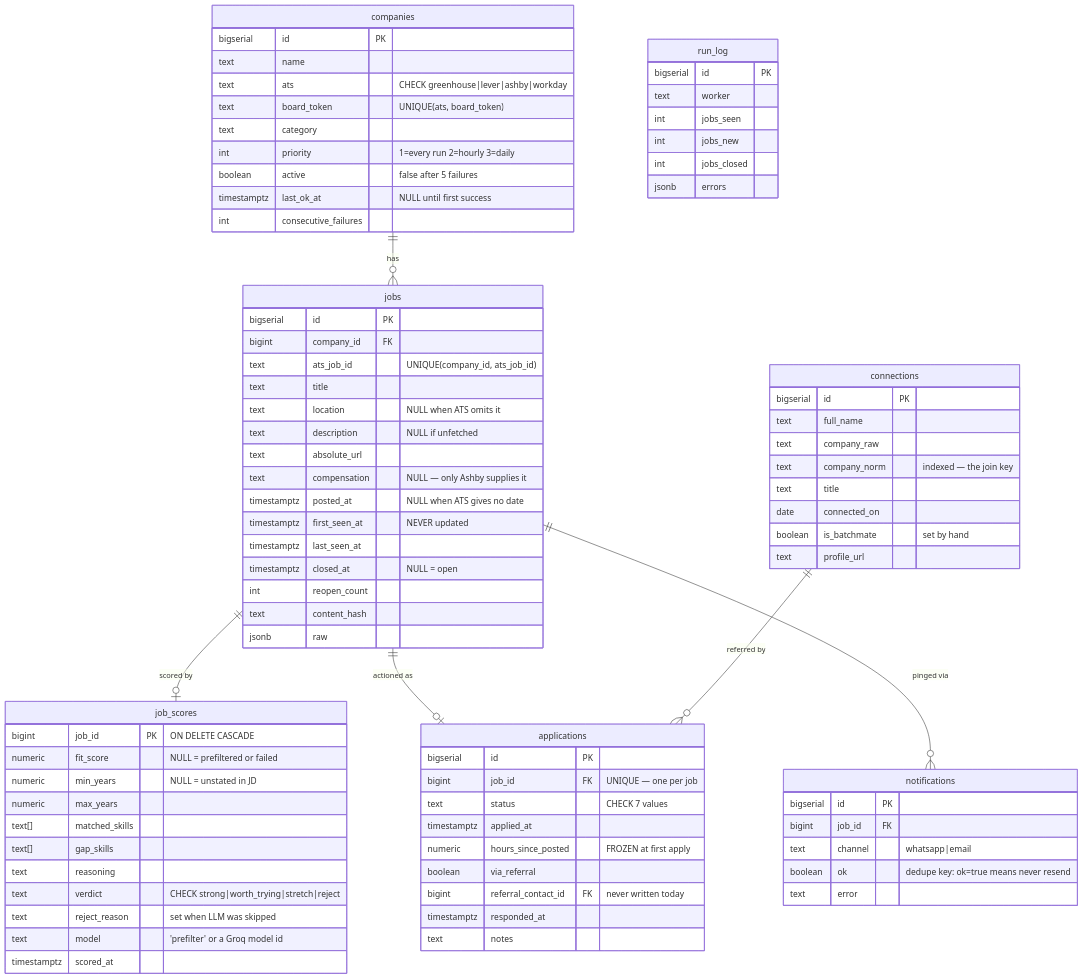
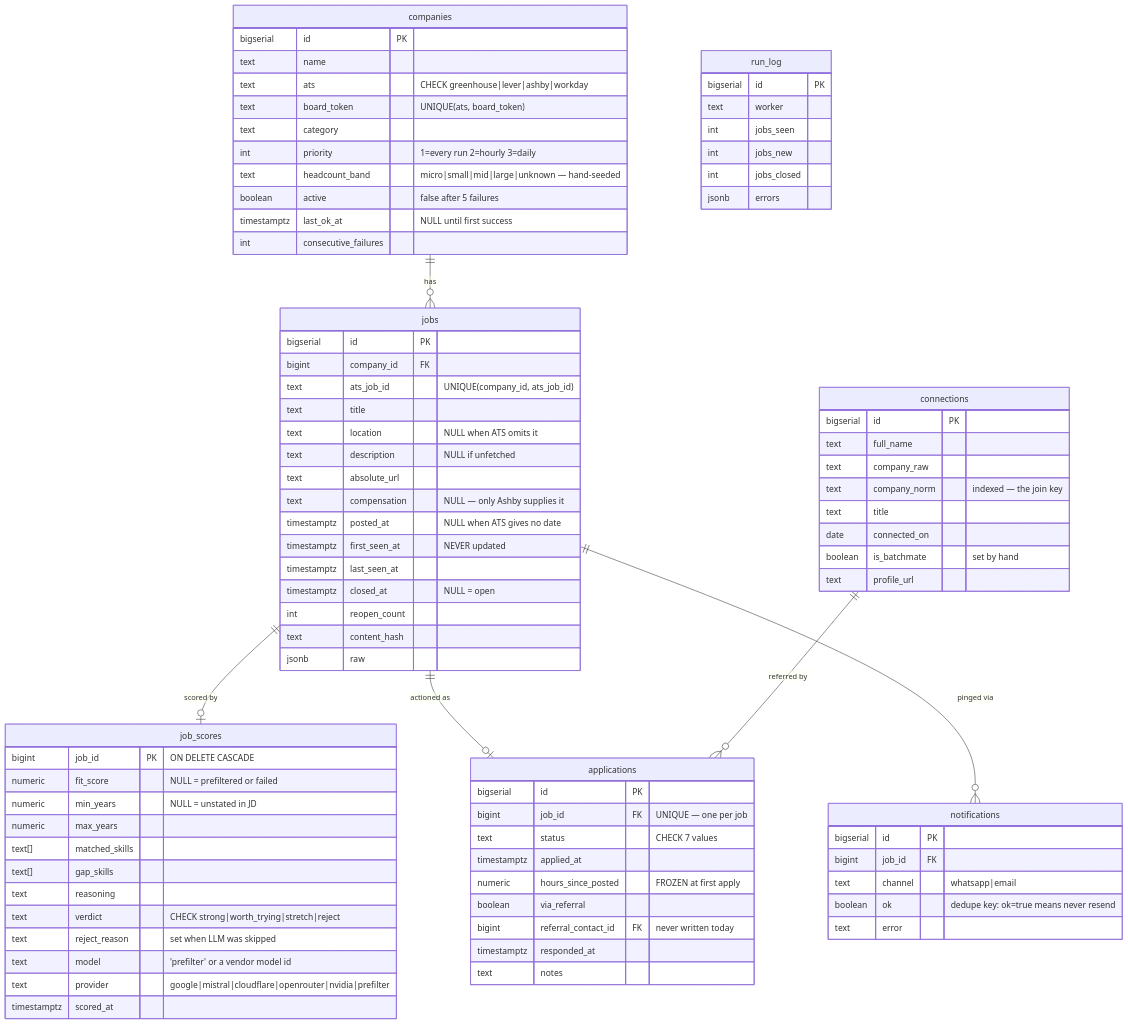
The third of 8 diagrams in docs/LLD.md (harsh-m-10/job-discovery-agent), drawn with Mermaid before and after one commit. The commit also changed other lines of this file and 3 other files, not shown here.

```diff
--- a/docs/LLD.md
+++ b/docs/LLD.md
@@ -120,6 +211,7 @@
         text board_token "UNIQUE(ats, board_token)"
         text category
         int priority "1=every run 2=hourly 3=daily"
+        text headcount_band "micro|small|mid|large|unknown — hand-seeded"
         boolean active "false after 5 failures"
         timestamptz last_ok_at "NULL until first success"
         int consecutive_failures
@@ -151,7 +243,8 @@
         text reasoning
         text verdict "CHECK strong|worth_trying|stretch|reject"
         text reject_reason "set when LLM was skipped"
-        text model "'prefilter' or a Groq model id"
+        text model "'prefilter' or a vendor model id"
+        text provider "google|mistral|cloudflare|openrouter|nvidia|prefilter"
         timestamptz scored_at
     }
     applications {
```
